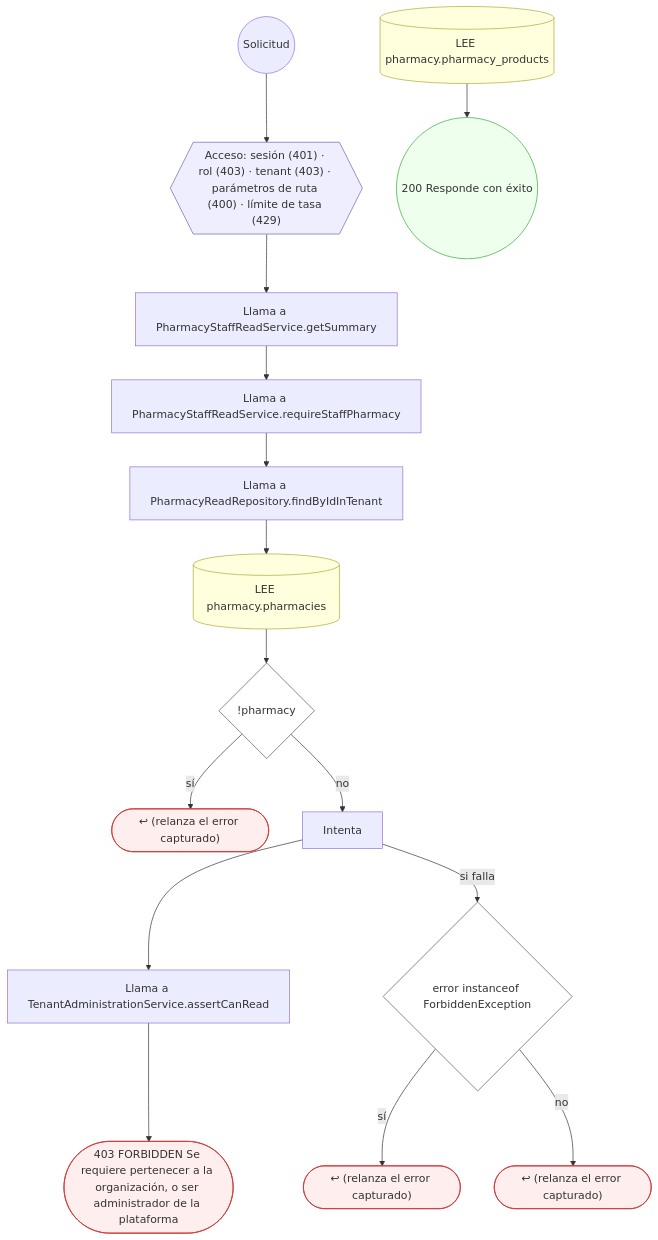
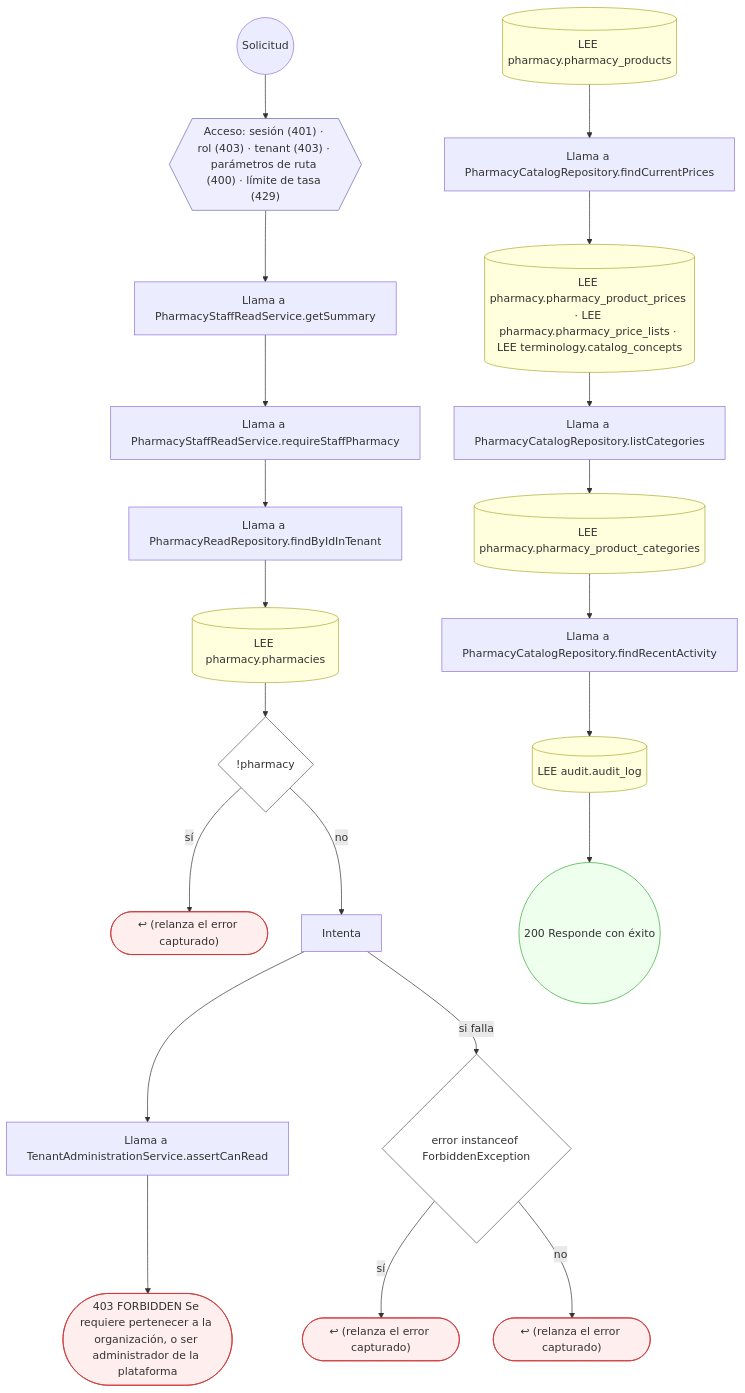
One commit to mdavila-2001/mantra-core-health-api changed diagram 24 of 29 in docs/inventario/flujos/pharmacy.md. Above: the diagram before and after it, drawn with Mermaid. The commit also changed other lines of this file and 205 other files, not shown here.

````diff
--- a/docs/inventario/flujos/pharmacy.md
+++ b/docs/inventario/flujos/pharmacy.md
@@ -1364,39 +1901,51 @@
 ```mermaid
 flowchart TD
   n1(("Solicitud")):::inicio
   n2{{"Acceso: sesión (401) · rol (403) · tenant (403) · parámetros de ruta (400) · límite de tasa (429)"}}:::acceso
   n1 --> n2
   n3["Llama a PharmacyStaffReadService.getSummary"]:::llamada
   n2 --> n3
   n4["Llama a PharmacyStaffReadService.requireStaffPharmacy"]:::llamada
   n3 --> n4
   n5["Llama a PharmacyReadRepository.findByIdInTenant"]:::llamada
   n4 --> n5
   n6[("LEE pharmacy.pharmacies")]:::efecto
   n5 --> n6
   n7{"!pharmacy"}:::decision
   n6 --> n7
   n8(["↩ (relanza el error capturado)"]):::error
   n7 -->|"sí"| n8
   n9["Intenta"]:::intento
   n7 -->|"no"| n9
   n10["Llama a TenantAdministrationService.assertCanRead"]:::llamada
   n9 --> n10
   n11(["403 FORBIDDEN Se requiere pertenecer a la organización, o ser administrador de la plataforma"]):::error
   n10 --> n11
   n12{"error instanceof ForbiddenException"}:::decision
   n9 -->|"si falla"| n12
   n13(["↩ (relanza el error capturado)"]):::error
   n12 -->|"sí"| n13
   n14(["↩ (relanza el error capturado)"]):::error
   n12 -->|"no"| n14
   n15[("LEE pharmacy.pharmacy_products")]:::efecto
-  n16(("200 Responde con éxito")):::ok
+  n16["Llama a PharmacyCatalogRepository.findCurrentPrices"]:::llamada
   n15 --> n16
+  n17[("LEE pharmacy.pharmacy_product_prices · LEE pharmacy.pharmacy_price_lists · LEE terminology.catalog_concepts")]:::efecto
+  n16 --> n17
+  n18["Llama a PharmacyCatalogRepository.listCategories"]:::llamada
+  n17 --> n18
+  n19[("LEE pharmacy.pharmacy_product_categories")]:::efecto
+  n18 --> n19
+  n20["Llama a PharmacyCatalogRepository.findRecentActivity"]:::llamada
+  n19 --> n20
+  n21[("LEE audit.audit_log")]:::efecto
+  n20 --> n21
+  n22(("200 Responde con éxito")):::ok
+  n21 --> n22
   classDef acceso fill:#eef,stroke:#66a
   classDef error fill:#fee,stroke:#c33
   classDef ok fill:#efe,stroke:#3a3
   classDef efecto fill:#ffd,stroke:#aa3
   classDef decision fill:#fff,stroke:#555
   classDef corte fill:#eee,stroke:#999,stroke-dasharray: 4
 ```
````
